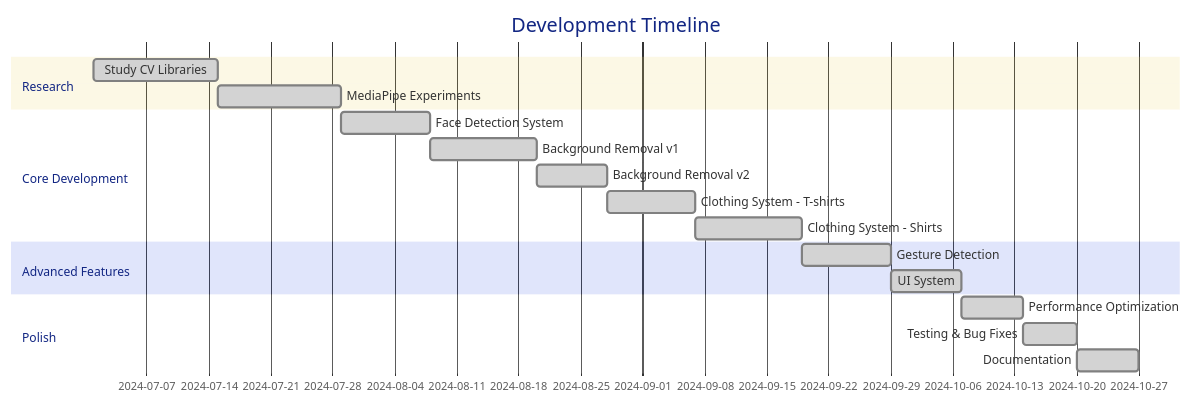
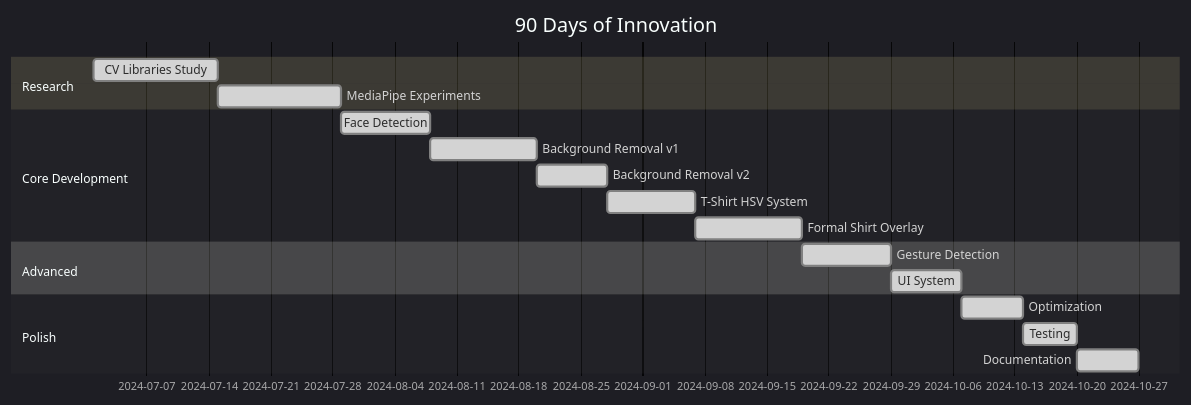
One commit to alam025/AI_Professional_Makeover changed the fourth of 4 diagrams in readme.md. Above: the diagram before and after it, drawn with Mermaid. The commit also changed other lines of this file, not shown here.

````diff
--- a/readme.md
+++ b/readme.md
@@ -424,26 +520,26 @@
 ```mermaid
-%%{init: {'theme':'base', 'themeVariables': { 'primaryColor':'#667eea'}}}%%
+%%{init: {'theme':'dark', 'themeVariables': { 'primaryColor':'#667EEA'}}}%%
 gantt
-    title Development Timeline
+    title 90 Days of Innovation
     dateFormat  YYYY-MM-DD
     
     section Research
-    Study CV Libraries           :done, 2024-07-01, 14d
+    CV Libraries Study           :done, 2024-07-01, 14d
     MediaPipe Experiments        :done, 2024-07-15, 14d
     
     section Core Development
-    Face Detection System        :done, 2024-07-29, 10d
+    Face Detection               :done, 2024-07-29, 10d
     Background Removal v1        :done, 2024-08-08, 12d
     Background Removal v2        :done, 2024-08-20, 8d
-    Clothing System - T-shirts   :done, 2024-08-28, 10d
-    Clothing System - Shirts     :done, 2024-09-07, 12d
+    T-Shirt HSV System          :done, 2024-08-28, 10d
+    Formal Shirt Overlay        :done, 2024-09-07, 12d
     
-    section Advanced Features
+    section Advanced
     Gesture Detection            :done, 2024-09-19, 10d
     UI System                    :done, 2024-09-29, 8d
     
     section Polish
-    Performance Optimization     :done, 2024-10-07, 7d
-    Testing & Bug Fixes          :done, 2024-10-14, 6d
+    Optimization                 :done, 2024-10-07, 7d
+    Testing                      :done, 2024-10-14, 6d
     Documentation                :done, 2024-10-20, 7d
 ```
````
